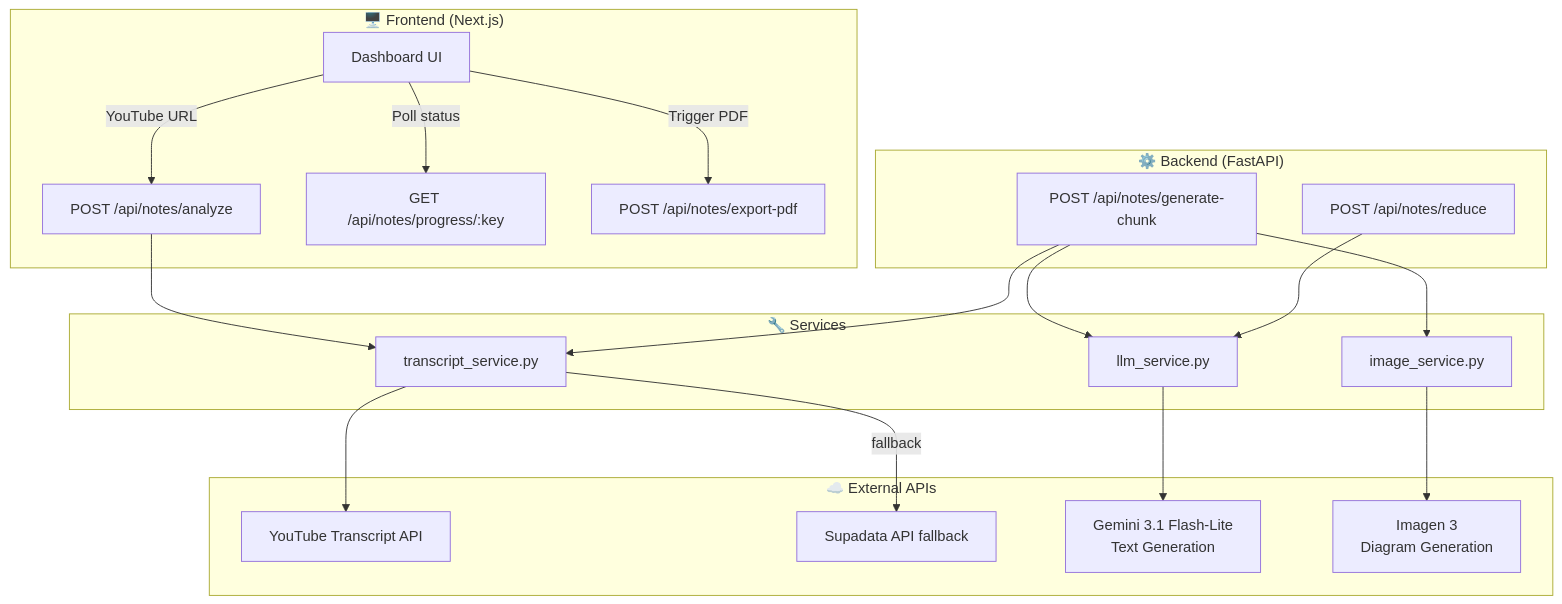
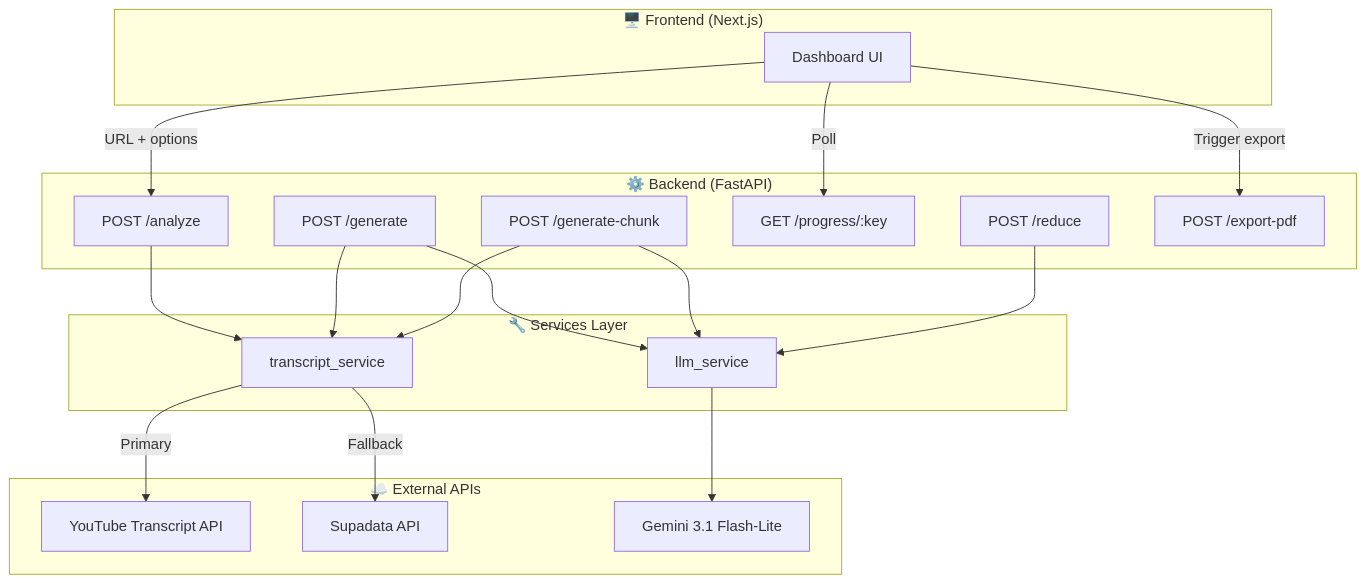
Before and after one commit to Vinay-vaja/StreamLearn: the first of 3 diagrams in Readme.md, drawn with Mermaid. The commit also changed other lines of this file, not shown here.

````diff
--- a/Readme.md
+++ b/Readme.md
@@ -27,41 +37,41 @@
 ```mermaid
 graph TB
-    subgraph Frontend ["🖥️ Frontend (Next.js)"]
+    subgraph FE ["🖥️ Frontend (Next.js)"]
         UI[Dashboard UI]
-        UI --> |YouTube URL| ANALYZE
-        UI --> |Poll status| PROGRESS
-        UI --> |Trigger PDF| PDF
     end
 
-    subgraph Backend ["⚙️ Backend (FastAPI)"]
-        ANALYZE[POST /api/notes/analyze]
-        GENERATE[POST /api/notes/generate-chunk]
-        PROGRESS[GET /api/notes/progress/:key]
-        REDUCE[POST /api/notes/reduce]
-        PDF[POST /api/notes/export-pdf]
+    subgraph API ["⚙️ Backend (FastAPI)"]
+        ANALYZE[POST /analyze]
+        GENERATE[POST /generate]
+        GENCHUNK[POST /generate-chunk]
+        PROGRESS[GET /progress/:key]
+        REDUCE[POST /reduce]
+        EXPORT[POST /export-pdf]
     end
 
-    subgraph Services ["🔧 Services"]
-        TS[transcript_service.py]
-        LLM[llm_service.py]
-        IMG[image_service.py]
+    subgraph SVC ["🔧 Services Layer"]
+        TS[transcript_service]
+        LLM[llm_service]
     end
 
-    subgraph External ["☁️ External APIs"]
+    subgraph EXT ["☁️ External APIs"]
         YT[YouTube Transcript API]
-        SUPA[Supadata API fallback]
-        GEMINI_TEXT[Gemini 3.1 Flash-Lite\nText Generation]
-        IMAGEN[Imagen 3\nDiagram Generation]
+        SUPA[Supadata API]
+        GEMINI[Gemini 3.1 Flash-Lite]
     end
+
+    UI -->|URL + options| ANALYZE
+    UI -->|Poll| PROGRESS
+    UI -->|Trigger export| EXPORT
 
     ANALYZE --> TS
     GENERATE --> TS
     GENERATE --> LLM
-    GENERATE --> IMG
+    GENCHUNK --> TS
+    GENCHUNK --> LLM
     REDUCE --> LLM
 
-    TS --> YT
-    TS --> |fallback| SUPA
-    LLM --> GEMINI_TEXT
-    IMG --> IMAGEN
+    TS -->|Primary| YT
+    TS -->|Fallback| SUPA
+    LLM --> GEMINI
 ```
````
